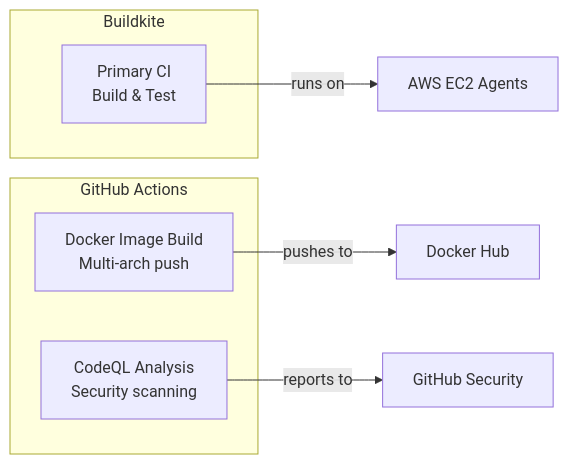
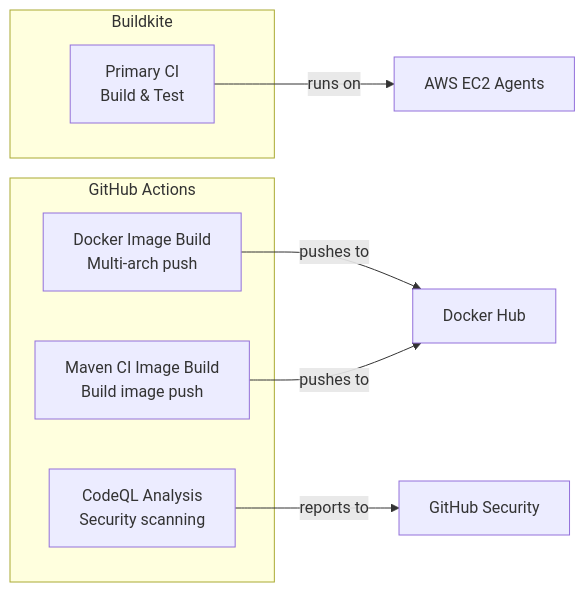
One commit to mock-server/mockserver changed the first of 3 diagrams in docs/infrastructure/ci-cd.md. Above: the diagram before and after it, drawn with Mermaid. The commit also changed other lines of this file and 13 other files, not shown here.

First line of the commit message:
Modernise Maven CI image to JDK 21 and fix Buildkite build #3247

````diff
--- a/docs/infrastructure/ci-cd.md
+++ b/docs/infrastructure/ci-cd.md
@@ -7,15 +7,17 @@
 ```mermaid
 graph LR
     subgraph "Buildkite"
         BK[Primary CI<br/>Build & Test]
     end
 
     subgraph "GitHub Actions"
         GA1[Docker Image Build<br/>Multi-arch push]
         GA2[CodeQL Analysis<br/>Security scanning]
+        GA3[Maven CI Image Build<br/>Build image push]
     end
 
     BK -->|runs on| EC2[AWS EC2 Agents]
     GA1 -->|pushes to| DH[Docker Hub]
     GA2 -->|reports to| GH[GitHub Security]
+    GA3 -->|pushes to| DH
 ```
````
